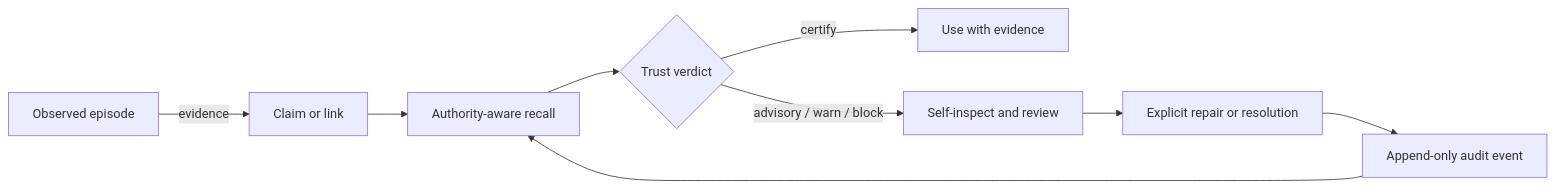
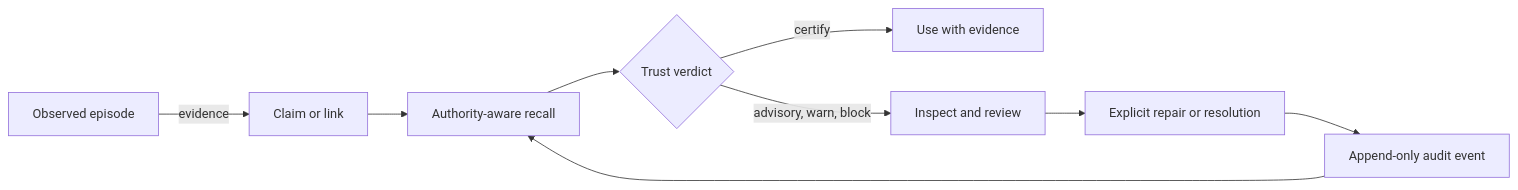
The diagram in README.md (Arakiss/nahuali), drawn with Mermaid before and after one commit. The commit also changed other lines of this file and 51 other files, not shown here.

````diff
--- a/README.md
+++ b/README.md
@@ -134,11 +114,11 @@
 ```mermaid
 flowchart LR
     A[Observed episode] -->|evidence| B[Claim or link]
     B --> C[Authority-aware recall]
     C --> D{Trust verdict}
     D -->|certify| E[Use with evidence]
-    D -->|advisory / warn / block| F[Self-inspect and review]
+    D -->|advisory, warn, block| F[Inspect and review]
     F --> G[Explicit repair or resolution]
     G --> H[Append-only audit event]
     H --> C
 ```
````
